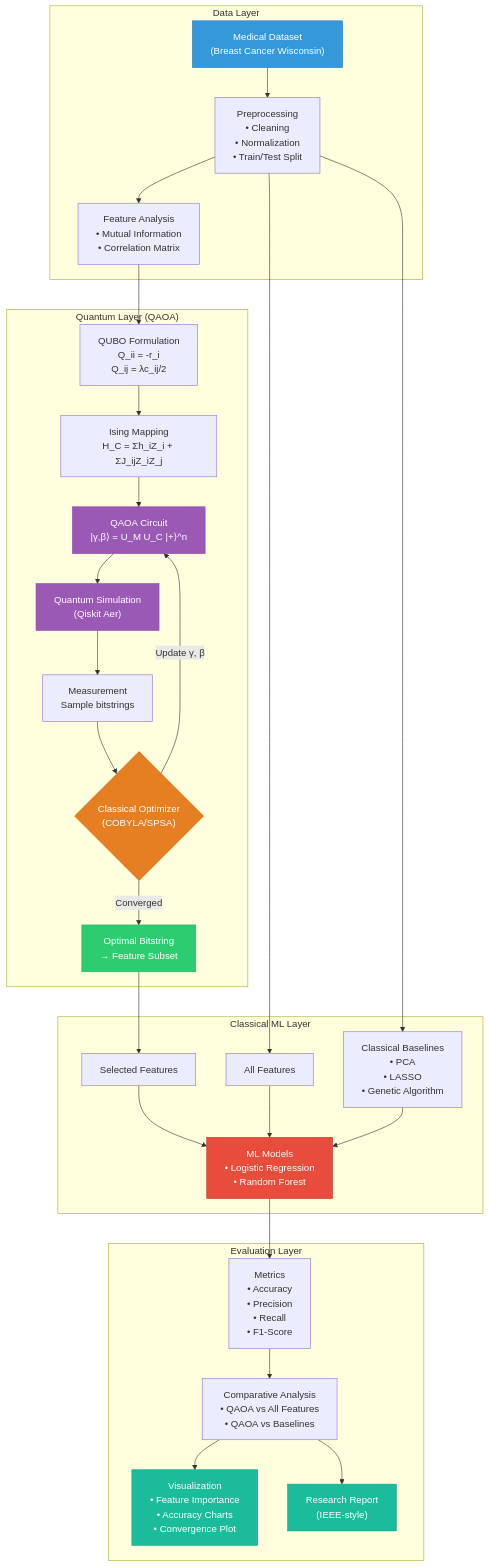
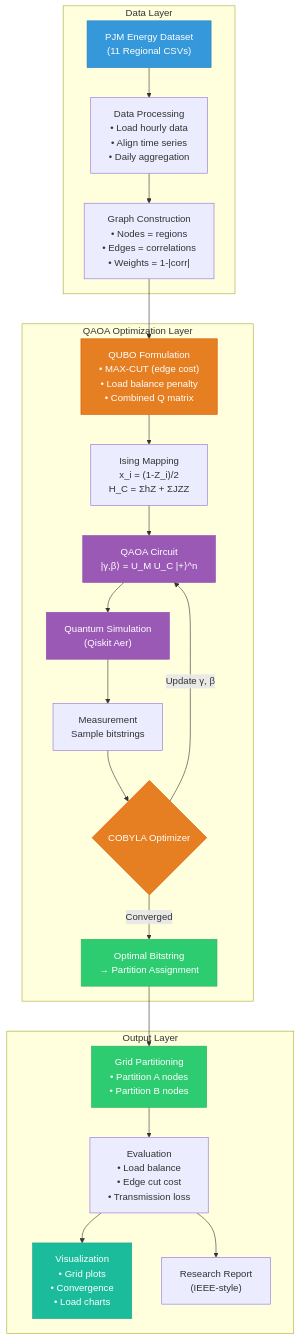
One commit to oyyPoodles/QAOA-Based-Grid-Partitioning-for-Optimal-Power-Load-Balancing-in-Smart-Grids changed the first of 2 diagrams in docs/architecture.md. Above: the diagram before and after it, drawn with Mermaid. The commit also changed other lines of this file and 57 other files, not shown here.

Commit message:
Fix data alignment, update QAOA parameters, add Colab notebook, clean old ml code

````diff
--- a/docs/architecture.md
+++ b/docs/architecture.md
@@ -7,43 +7,34 @@
 ```mermaid
 graph TB
     subgraph "Data Layer"
-        A["Medical Dataset<br/>(Breast Cancer Wisconsin)"] --> B["Preprocessing<br/>• Cleaning<br/>• Normalization<br/>• Train/Test Split"]
-        B --> C["Feature Analysis<br/>• Mutual Information<br/>• Correlation Matrix"]
+        A["PJM Energy Dataset<br/>(11 Regional CSVs)"] --> B["Data Processing<br/>• Load hourly data<br/>• Align time series<br/>• Daily aggregation"]
+        B --> C["Graph Construction<br/>• Nodes = regions<br/>• Edges = correlations<br/>• Weights = 1-|corr|"]
     end
 
-    subgraph "Quantum Layer (QAOA)"
-        C --> D["QUBO Formulation<br/>Q_ii = -r_i<br/>Q_ij = λc_ij/2"]
-        D --> E["Ising Mapping<br/>H_C = Σh_iZ_i + ΣJ_ijZ_iZ_j"]
+    subgraph "QAOA Optimization Layer"
+        C --> D["QUBO Formulation<br/>• MAX-CUT (edge cost)<br/>• Load balance penalty<br/>• Combined Q matrix"]
+        D --> E["Ising Mapping<br/>x_i = (1-Z_i)/2<br/>H_C = ΣhZ + ΣJZZ"]
         E --> F["QAOA Circuit<br/>|γ,β⟩ = U_M U_C |+⟩^n"]
         F --> G["Quantum Simulation<br/>(Qiskit Aer)"]
         G --> H["Measurement<br/>Sample bitstrings"]
-        H --> I{"Classical Optimizer<br/>(COBYLA/SPSA)"}
+        H --> I{"COBYLA Optimizer"}
         I -->|"Update γ, β"| F
-        I -->|"Converged"| J["Optimal Bitstring<br/>→ Feature Subset"]
+        I -->|"Converged"| J["Optimal Bitstring<br/>→ Partition Assignment"]
     end
 
-    subgraph "Classical ML Layer"
-        J --> K["Selected Features"]
-        B --> L["All Features"]
-        K --> M["ML Models<br/>• Logistic Regression<br/>• Random Forest"]
-        L --> M
-        N["Classical Baselines<br/>• PCA<br/>• LASSO<br/>• Genetic Algorithm"] --> M
-        B --> N
-    end
-
-    subgraph "Evaluation Layer"
-        M --> O["Metrics<br/>• Accuracy<br/>• Precision<br/>• Recall<br/>• F1-Score"]
-        O --> P["Comparative Analysis<br/>• QAOA vs All Features<br/>• QAOA vs Baselines"]
-        P --> Q["Visualization<br/>• Feature Importance<br/>• Accuracy Charts<br/>• Convergence Plot"]
-        P --> R["Research Report<br/>(IEEE-style)"]
+    subgraph "Output Layer"
+        J --> K["Grid Partitioning<br/>• Partition A nodes<br/>• Partition B nodes"]
+        K --> L["Evaluation<br/>• Load balance<br/>• Edge cut cost<br/>• Transmission loss"]
+        L --> M["Visualization<br/>• Grid plots<br/>• Convergence<br/>• Load charts"]
+        L --> N["Research Report<br/>(IEEE-style)"]
     end
 
     style A fill:#3498db,stroke:#2980b9,color:#fff
+    style D fill:#e67e22,stroke:#d35400,color:#fff
     style F fill:#9b59b6,stroke:#8e44ad,color:#fff
     style G fill:#9b59b6,stroke:#8e44ad,color:#fff
     style I fill:#e67e22,stroke:#d35400,color:#fff
     style J fill:#2ecc71,stroke:#27ae60,color:#fff
-    style M fill:#e74c3c,stroke:#c0392b,color:#fff
-    style Q fill:#1abc9c,stroke:#16a085,color:#fff
-    style R fill:#1abc9c,stroke:#16a085,color:#fff
+    style K fill:#2ecc71,stroke:#27ae60,color:#fff
+    style M fill:#1abc9c,stroke:#16a085,color:#fff
 ```
````
